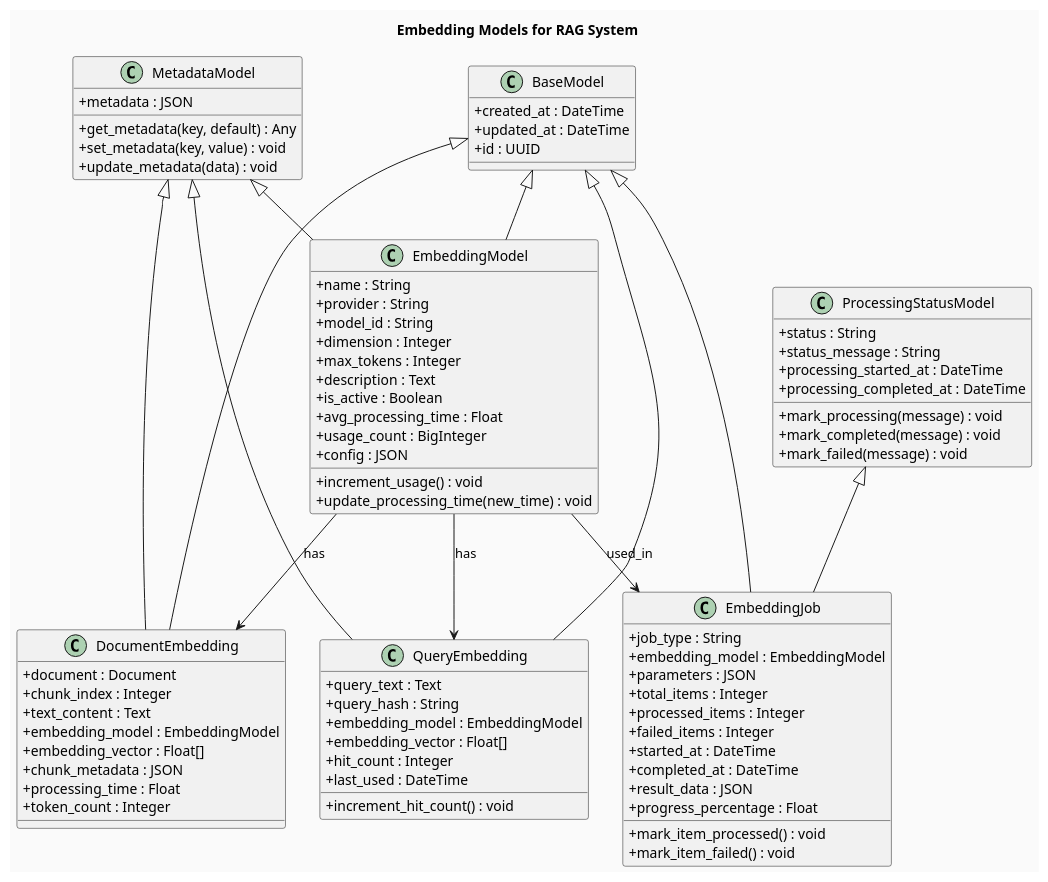
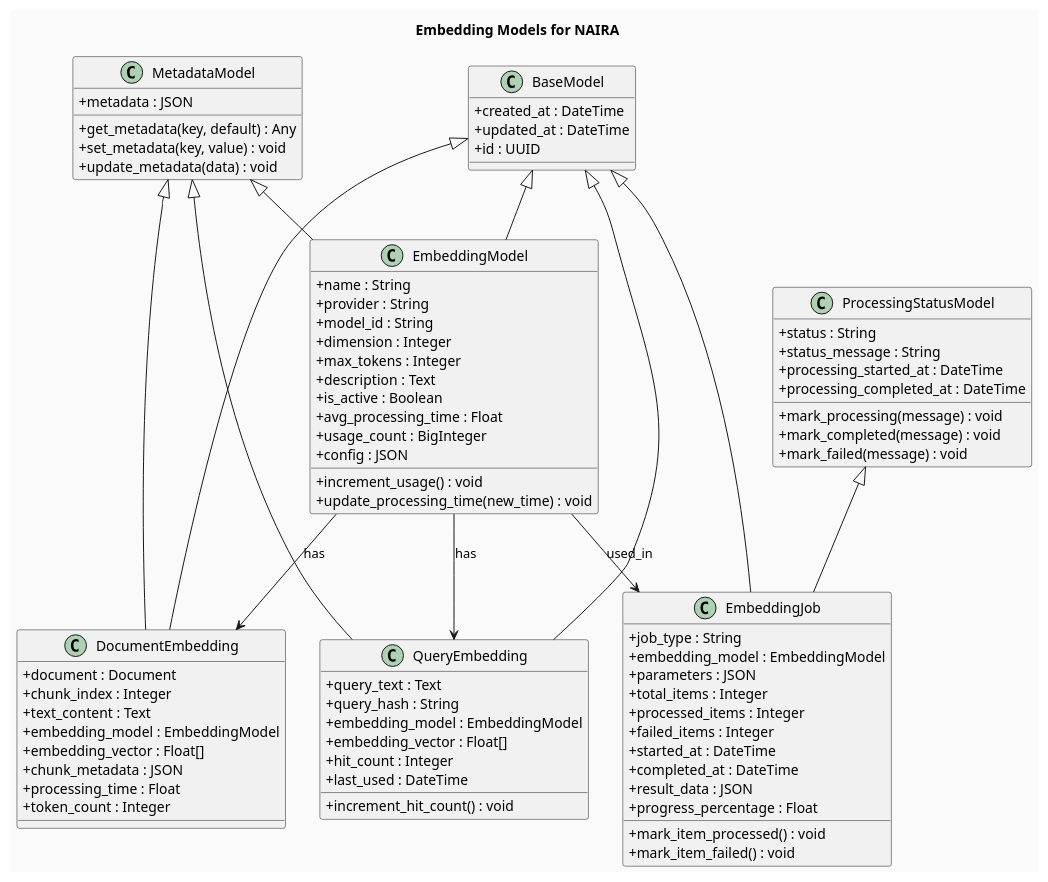
Before and after one commit to Smartappli/NAIRA: the diagram in Diagrams/apps.embeddings.models.puml, drawn with PlantUML. The commit also changed 5 other files, not shown here.

Commit message:
Diagrams updated

```diff
--- a/Diagrams/apps.embeddings.models.puml
+++ b/Diagrams/apps.embeddings.models.puml
@@ -1,101 +1,101 @@
 @startuml
 skinparam backgroundColor #FAFAFA
 skinparam classAttributeIconSize 0
 skinparam classFontSize 14
 skinparam classFontColor #000000
 
-title Embedding Models for RAG System
+title Embedding Models for NAIRA
 
 ' --- Base Classes ---
 class BaseModel {
   + created_at : DateTime
   + updated_at : DateTime
   + id : UUID
 }
 
 class ProcessingStatusModel {
   + status : String
   + status_message : String
   + processing_started_at : DateTime
   + processing_completed_at : DateTime
   + mark_processing(message) : void
   + mark_completed(message) : void
   + mark_failed(message) : void
 }
 
 class MetadataModel {
   + metadata : JSON
   + get_metadata(key, default) : Any
   + set_metadata(key, value) : void
   + update_metadata(data) : void
 }
 
 ' --- EmbeddingModel Class ---
 class EmbeddingModel {
   + name : String
   + provider : String
   + model_id : String
   + dimension : Integer
   + max_tokens : Integer
   + description : Text
   + is_active : Boolean
   + avg_processing_time : Float
   + usage_count : BigInteger
   + config : JSON
   + increment_usage() : void
   + update_processing_time(new_time) : void
 }
 
 ' --- DocumentEmbedding Class ---
 class DocumentEmbedding {
   + document : Document
   + chunk_index : Integer
   + text_content : Text
   + embedding_model : EmbeddingModel
   + embedding_vector : Float[]
   + chunk_metadata : JSON
   + processing_time : Float
   + token_count : Integer
 }
 
 ' --- QueryEmbedding Class ---
 class QueryEmbedding {
   + query_text : Text
   + query_hash : String
   + embedding_model : EmbeddingModel
   + embedding_vector : Float[]
   + hit_count : Integer
   + last_used : DateTime
   + increment_hit_count() : void
 }
 
 ' --- EmbeddingJob Class ---
 class EmbeddingJob {
   + job_type : String
   + embedding_model : EmbeddingModel
   + parameters : JSON
   + total_items : Integer
   + processed_items : Integer
   + failed_items : Integer
   + started_at : DateTime
   + completed_at : DateTime
   + result_data : JSON
   + progress_percentage : Float
   + mark_item_processed() : void
   + mark_item_failed() : void
 }
 
 ' --- Relationships ---
 BaseModel <|-- EmbeddingModel
 BaseModel <|-- DocumentEmbedding
 BaseModel <|-- QueryEmbedding
 BaseModel <|-- EmbeddingJob
 ProcessingStatusModel <|-- EmbeddingJob
 MetadataModel <|-- EmbeddingModel
 MetadataModel <|-- DocumentEmbedding
 MetadataModel <|-- QueryEmbedding
 EmbeddingModel --> DocumentEmbedding : has
 EmbeddingModel --> QueryEmbedding : has
 EmbeddingModel --> EmbeddingJob : used_in
 
 @enduml
```
